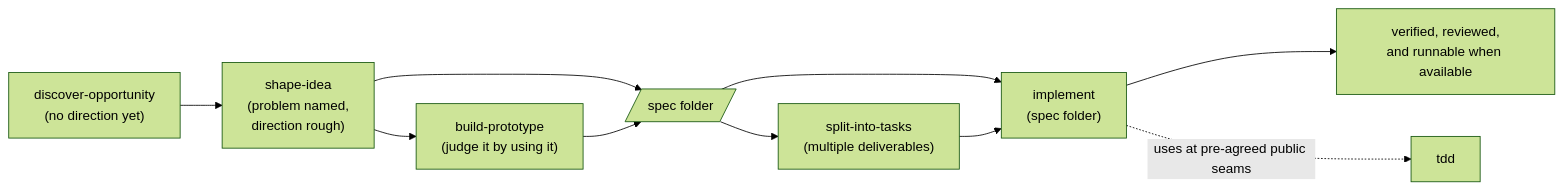
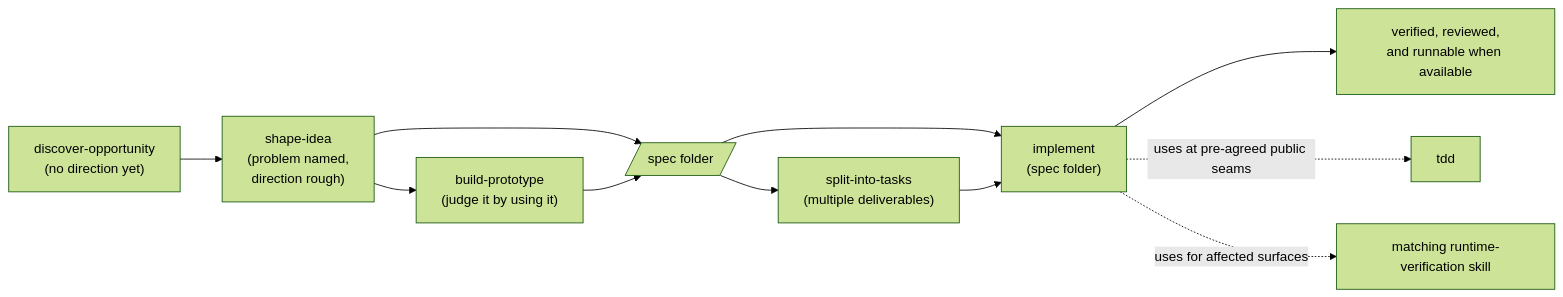
The first of 2 diagrams in README.md (toy-crane/skills), drawn with Mermaid (forest theme) before and after one commit. The commit also changed other lines of this file and 5 other files, not shown here.

First line of the commit message:
feat(implement): route runtime verification skills (#74)

````diff
--- a/README.md
+++ b/README.md
@@ -52,12 +52,13 @@
 ```mermaid
 flowchart LR
     DO["discover-opportunity<br/>(no direction yet)"] --> SI["shape-idea<br/>(problem named,<br/>direction rough)"]
     SI --> BP["build-prototype<br/>(judge it by using it)"]
     SI --> SPEC[/spec folder/]
     BP --> SPEC
     SPEC --> ST["split-into-tasks<br/>(multiple deliverables)"]
     SPEC --> IM["implement<br/>(spec folder)"]
     ST --> IM
     IM --> DONE["verified, reviewed,<br/>and runnable when available"]
     IM -. "uses at pre-agreed public seams" .-> TDD[tdd]
+    IM -. "uses for affected surfaces" .-> RV["matching runtime-verification skill"]
 ```
````
